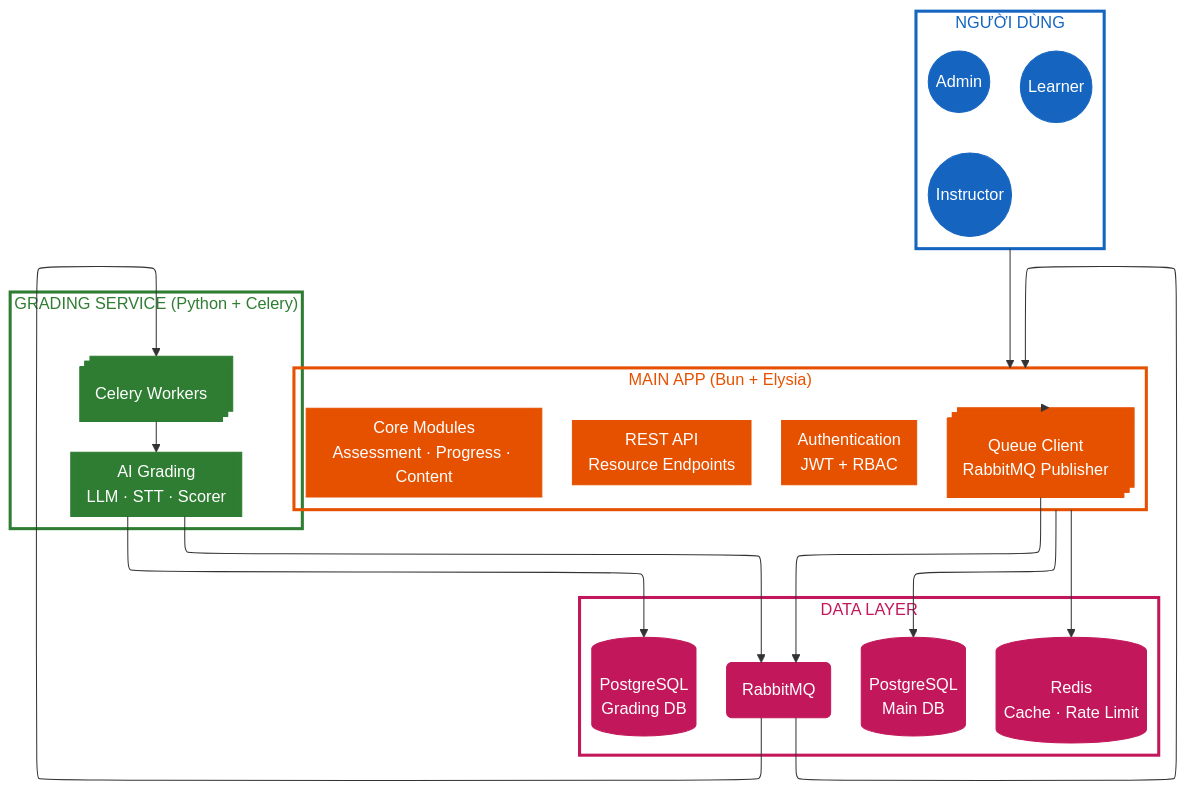
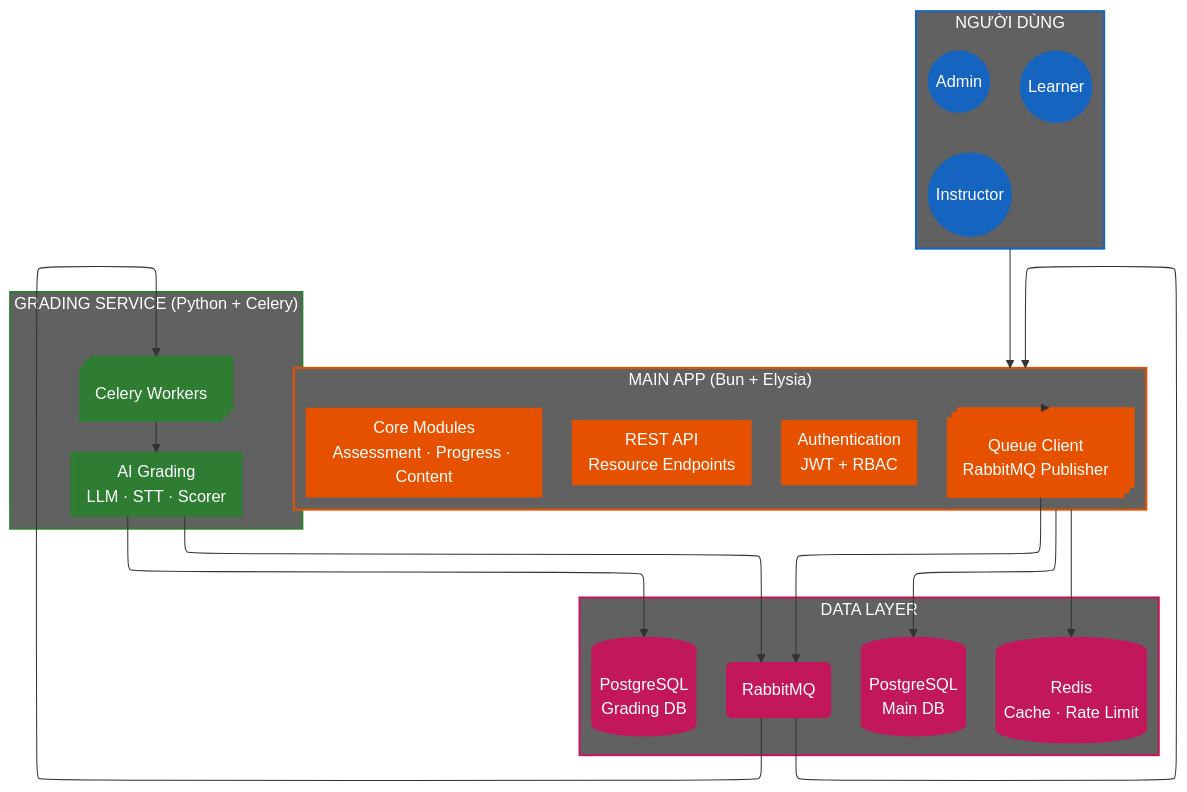
The first of 12 diagrams in docs/capstone/diagrams/flow-diagrams.vi.md (nghyane/VSTEP), drawn with Mermaid before and after one commit. The commit also changed other lines of this file, not shown here.

First line of the commit message:
fix(docs): use mid-gray fill (#616161) for subgraph boxes

````diff
--- a/docs/capstone/diagrams/flow-diagrams.vi.md
+++ b/docs/capstone/diagrams/flow-diagrams.vi.md
@@ -9,69 +9,69 @@
 ```mermaid
 ---
 config:
   layout: elk
   theme: default
 ---
 flowchart TB
     subgraph Users["NGƯỜI DÙNG"]
         direction LR
         L@{ shape: circle, label: "Learner" }
         I@{ shape: circle, label: "Instructor" }
         A@{ shape: circle, label: "Admin" }
     end
 
     subgraph BunApp["MAIN APP (Bun + Elysia)"]
         direction TB
         Auth@{ shape: fr-rect, label: "Authentication\nJWT + RBAC" }
         API@{ shape: fr-rect, label: "REST API\nResource Endpoints" }
         Core@{ shape: fr-rect, label: "Core Modules\nAssessment · Progress · Content" }
         QueueClient@{ shape: st-rect, label: "Queue Client\nRabbitMQ Publisher" }
     end
 
     subgraph GradingService["GRADING SERVICE (Python + Celery)"]
         direction TB
         Worker@{ shape: st-rect, label: "Celery Workers" }
         Grader@{ shape: fr-rect, label: "AI Grading\nLLM · STT · Scorer" }
     end
 
     subgraph DataLayer["DATA LAYER"]
         direction LR
         MainDB@{ shape: cyl, label: "PostgreSQL\nMain DB" }
         GradingDB@{ shape: cyl, label: "PostgreSQL\nGrading DB" }
         MQ@{ shape: rounded, label: "RabbitMQ" }
         Redis@{ shape: cyl, label: "Redis\nCache · Rate Limit" }
     end
 
     Users --> BunApp
     BunApp --> MainDB
     BunApp --> Redis
     BunApp --> QueueClient
     QueueClient --> MQ
     MQ --> Worker
     Worker --> Grader
     Grader --> GradingDB
     Grader --> MQ
     MQ --> BunApp
 
     %% Nodes - solid fill
     classDef users fill:#1565c0,stroke:#1565c0,color:#fff
     classDef bun fill:#e65100,stroke:#e65100,color:#fff
     classDef python fill:#2e7d32,stroke:#2e7d32,color:#fff
     classDef data fill:#c2185b,stroke:#c2185b,color:#fff
 
-    %% Subgraph boxes - transparent with thick colored border
-    classDef usersBox fill:none,stroke:#1565c0,stroke-width:3px,color:#1565c0
-    classDef bunBox fill:none,stroke:#e65100,stroke-width:3px,color:#e65100
-    classDef pythonBox fill:none,stroke:#2e7d32,stroke-width:3px,color:#2e7d32
-    classDef dataBox fill:none,stroke:#c2185b,stroke-width:3px,color:#c2185b
+    %% Subgraph boxes - mid-gray fill visible on both light/dark modes
+    classDef usersBox fill:#616161,stroke:#1565c0,stroke-width:2px,color:#fff
+    classDef bunBox fill:#616161,stroke:#e65100,stroke-width:2px,color:#fff
+    classDef pythonBox fill:#616161,stroke:#2e7d32,stroke-width:2px,color:#fff
+    classDef dataBox fill:#616161,stroke:#c2185b,stroke-width:2px,color:#fff
 
     class Users usersBox
     class BunApp bunBox
     class GradingService pythonBox
     class DataLayer dataBox
 
     class L,I,A users
     class Auth,API,Core,QueueClient bun
     class Worker,Grader python
     class MainDB,GradingDB,MQ,Redis data
 ```
````
